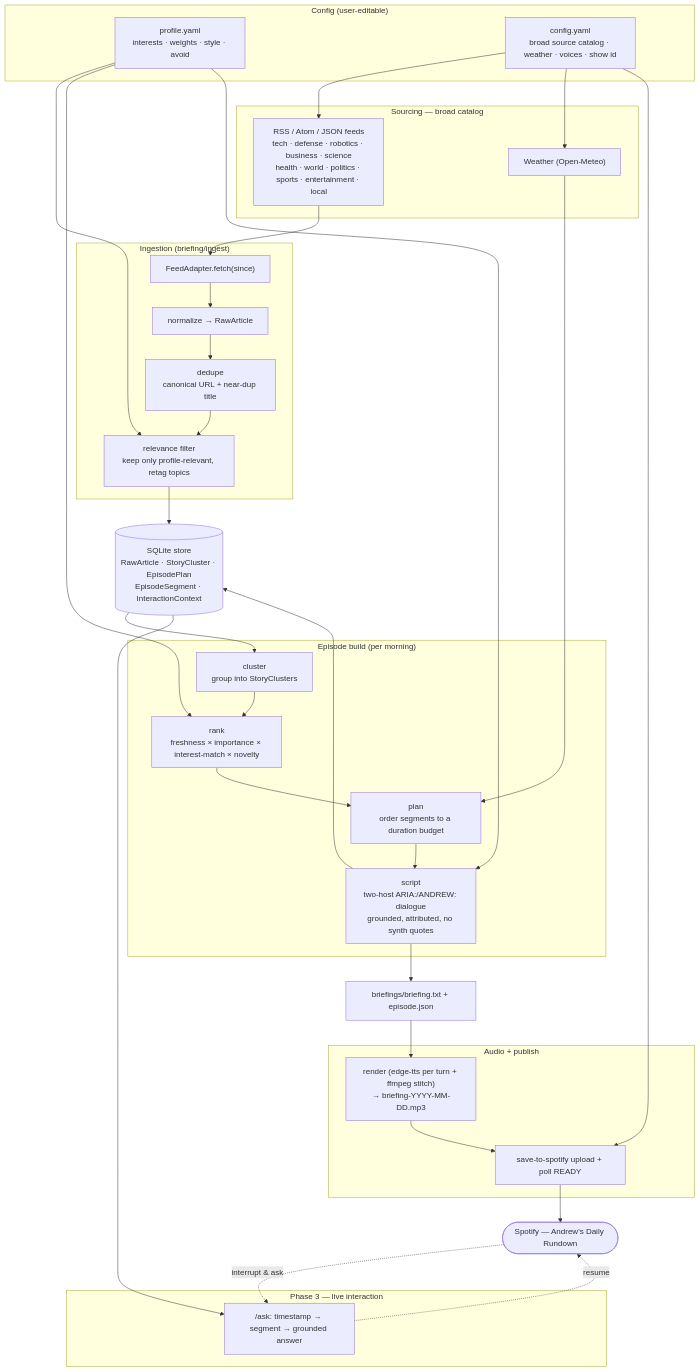
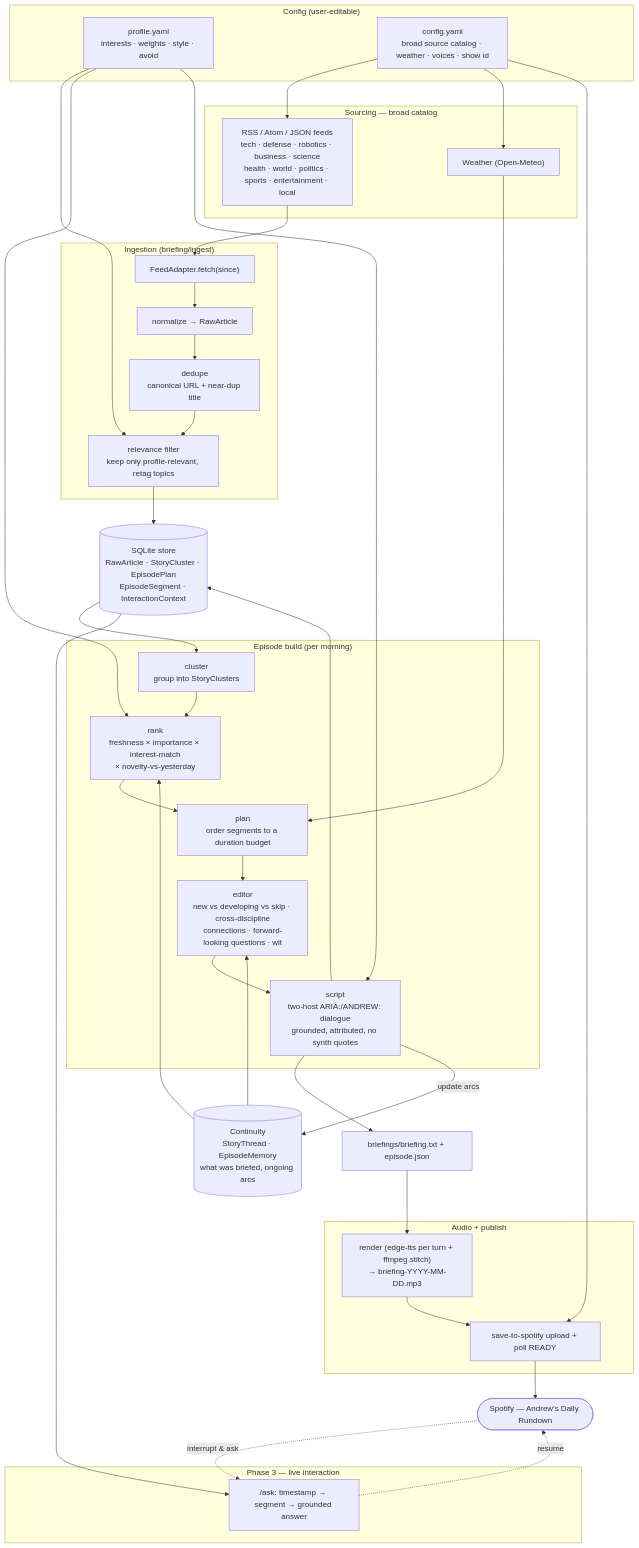
Before and after one commit to acsousa/daily-briefing: the diagram in docs/ARCHITECTURE.md, drawn with Mermaid. The commit also changed other lines of this file, not shown here.

First line of the commit message:
docs: add continuity and editor stages to the architecture

````diff
--- a/docs/ARCHITECTURE.md
+++ b/docs/ARCHITECTURE.md
@@ -8,57 +8,62 @@
 ```mermaid
 flowchart TD
     subgraph CFG["Config (user-editable)"]
         PROF["profile.yaml<br/>interests · weights · style · avoid"]
         CONF["config.yaml<br/>broad source catalog · weather · voices · show id"]
     end
 
     subgraph SRC["Sourcing — broad catalog"]
         FEEDS["RSS / Atom / JSON feeds<br/>tech · defense · robotics · business · science<br/>health · world · politics · sports · entertainment · local"]
         WX["Weather (Open-Meteo)"]
     end
 
     subgraph ING["Ingestion (briefing/ingest)"]
         FETCH["FeedAdapter.fetch(since)"]
         NORM["normalize → RawArticle"]
         DEDUP["dedupe<br/>canonical URL + near-dup title"]
         REL["relevance filter<br/>keep only profile-relevant, retag topics"]
     end
 
     STORE[("SQLite store<br/>RawArticle · StoryCluster · EpisodePlan<br/>EpisodeSegment · InteractionContext")]
+    THREADS[("Continuity<br/>StoryThread · EpisodeMemory<br/>what was briefed, ongoing arcs")]
 
     subgraph BUILD["Episode build (per morning)"]
         CLUSTER["cluster<br/>group into StoryClusters"]
-        RANK["rank<br/>freshness × importance × interest-match × novelty"]
+        RANK["rank<br/>freshness × importance × interest-match<br/>× novelty-vs-yesterday"]
         PLAN["plan<br/>order segments to a duration budget"]
+        EDITOR["editor<br/>new vs developing vs skip · cross-discipline<br/>connections · forward-looking questions · wit"]
         SCRIPT["script<br/>two-host ARIA:/ANDREW: dialogue<br/>grounded, attributed, no synth quotes"]
     end
 
     ARTIFACTS["briefings/briefing.txt + episode.json"]
 
     subgraph AUD["Audio + publish"]
         RENDER["render (edge-tts per turn + ffmpeg stitch)<br/>→ briefing-YYYY-MM-DD.mp3"]
         UPLOAD["save-to-spotify upload + poll READY"]
     end
 
     SPOTIFY(["Spotify — Andrew's Daily Rundown"])
 
     subgraph LIVE["Phase 3 — live interaction"]
         ASK["/ask: timestamp → segment → grounded answer"]
     end
 
     PROF --> REL
     PROF --> RANK
     PROF --> SCRIPT
     CONF --> FEEDS
     CONF --> WX
     CONF --> UPLOAD
 
     FEEDS --> FETCH --> NORM --> DEDUP --> REL --> STORE
     WX --> PLAN
-    STORE --> CLUSTER --> RANK --> PLAN --> SCRIPT --> ARTIFACTS
+    STORE --> CLUSTER --> RANK --> PLAN --> EDITOR --> SCRIPT --> ARTIFACTS
+    THREADS --> RANK
+    THREADS --> EDITOR
     SCRIPT --> STORE
+    SCRIPT -- "update arcs" --> THREADS
     ARTIFACTS --> RENDER --> UPLOAD --> SPOTIFY
     STORE --> ASK
     SPOTIFY -. "interrupt & ask" .-> ASK
     ASK -. "resume" .-> SPOTIFY
 ```
````
